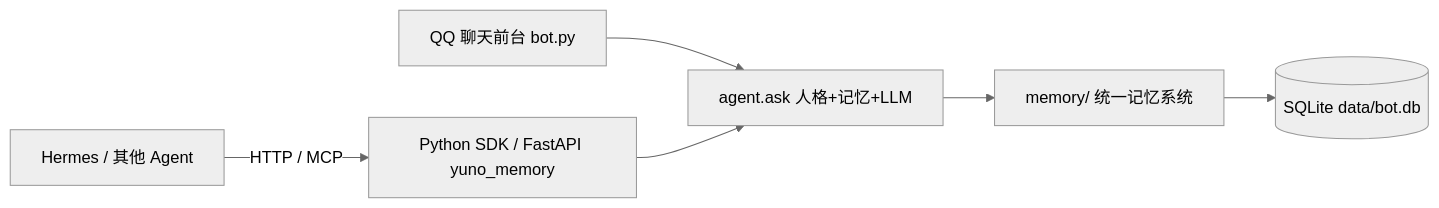
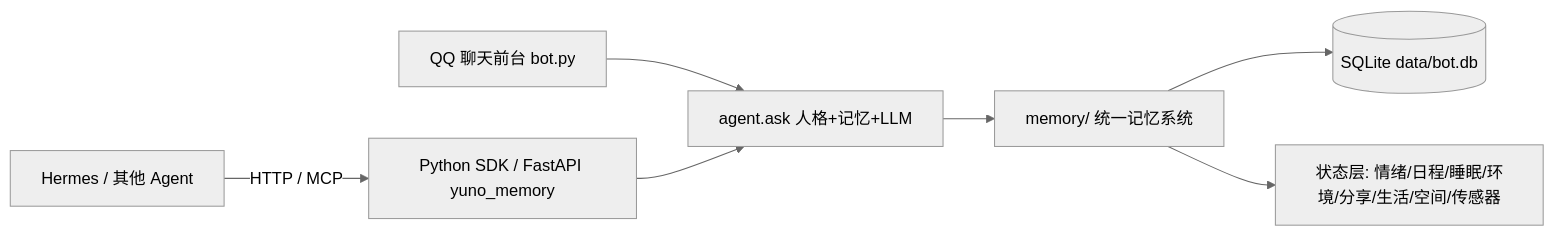
The diagram in README.md (sty84/yuno-qq-bot), drawn with Mermaid (neutral theme) before and after one commit. The commit also changed other lines of this file and 49 other files, not shown here.

````diff
--- a/README.md
+++ b/README.md
@@ -8,8 +15,9 @@
 ```mermaid
 flowchart LR
     QQ[QQ 聊天前台 bot.py] --> AG[agent.ask 人格+记忆+LLM]
     SDK[Python SDK / FastAPI yuno_memory] --> AG
     HER[Hermes / 其他 Agent] -->|HTTP / MCP| SDK
     AG --> MEM[memory/ 统一记忆系统]
     MEM --> DB[(SQLite data/bot.db)]
+    MEM --> ST[状态层: 情绪/日程/睡眠/环境/分享/生活/空间/传感器]
 ```
````
